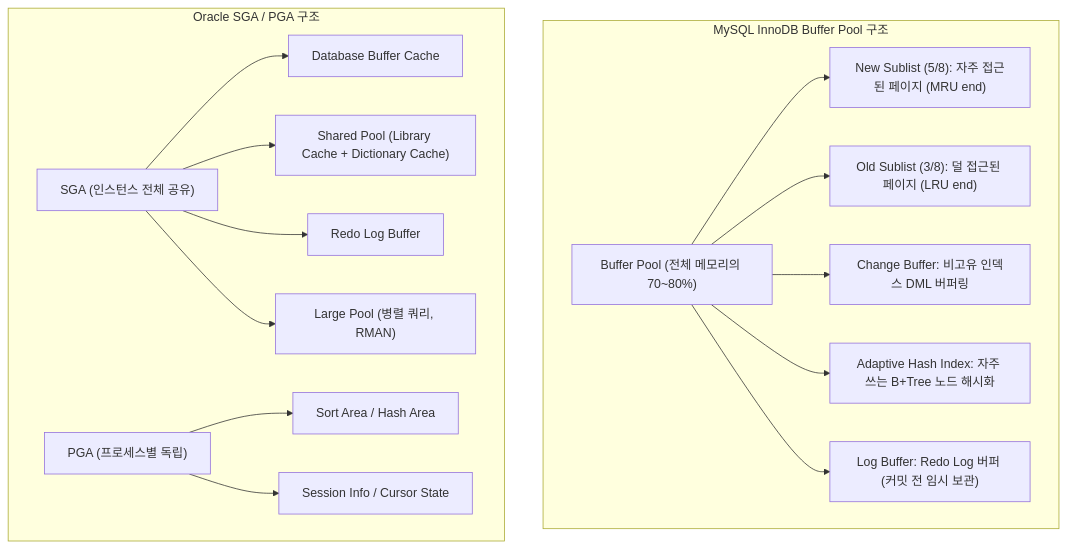
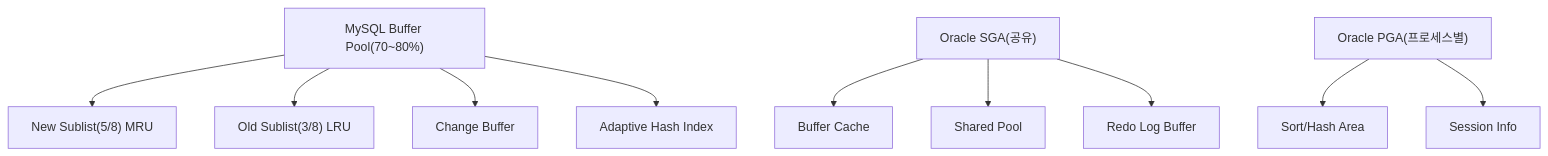
One commit to yjkim2015/yjkim2015.github.io changed the sixth of 15 diagrams in _posts/db/2026-05-01-db-comparison.md. Above: the diagram before and after it, drawn with Mermaid. The commit also changed other lines of this file and 215 other files, not shown here.

First line of the commit message:
신규 포스트 10개 추가 + Mermaid 전면 축소 + SystemDesign 시리즈 보강

````diff
--- a/_posts/db/2026-05-01-db-comparison.md
+++ b/_posts/db/2026-05-01-db-comparison.md
@@ -152,19 +126,12 @@
 ```mermaid
 graph TD
-    subgraph "MySQL InnoDB Buffer Pool 구조"
-        BP["Buffer Pool (전체 메모리의 70~80%)"]
-        BP --> NEW["New Sublist (5/8): 자주 접근된 페이지 (MRU end)"]
-        BP --> OLD["Old Sublist (3/8): 덜 접근된 페이지 (LRU end)"]
-        BP --> CB["Change Buffer: 비고유 인덱스 DML 버퍼링"]
-        BP --> AHI["Adaptive Hash Index: 자주 쓰는 B+Tree 노드 해시화"]
-        BP --> LB["Log Buffer: Redo Log 버퍼 (커밋 전 임시 보관)"]
-    end
-    subgraph "Oracle SGA / PGA 구조"
-        SGA["SGA (인스턴스 전체 공유)"] --> DBC["Database Buffer Cache"]
-        SGA --> SP["Shared Pool (Library Cache + Dictionary Cache)"]
-        SGA --> RLB["Redo Log Buffer"]
-        SGA --> LP["Large Pool (병렬 쿼리, RMAN)"]
-        PGA["PGA (프로세스별 독립)"] --> SA["Sort Area / Hash Area"]
-        PGA --> SI["Session Info / Cursor State"]
-    end
+    BP["MySQL Buffer Pool(70~80%)"] --> NEW["New Sublist(5/8) MRU"]
+    BP --> OLD["Old Sublist(3/8) LRU"]
+    BP --> CB["Change Buffer"]
+    BP --> AHI["Adaptive Hash Index"]
+    SGA["Oracle SGA(공유)"] --> DBC["Buffer Cache"]
+    SGA --> SP["Shared Pool"]
+    SGA --> RLB["Redo Log Buffer"]
+    PGA["Oracle PGA(프로세스별)"] --> SA["Sort/Hash Area"]
+    PGA --> SI["Session Info"]
 ```
````
